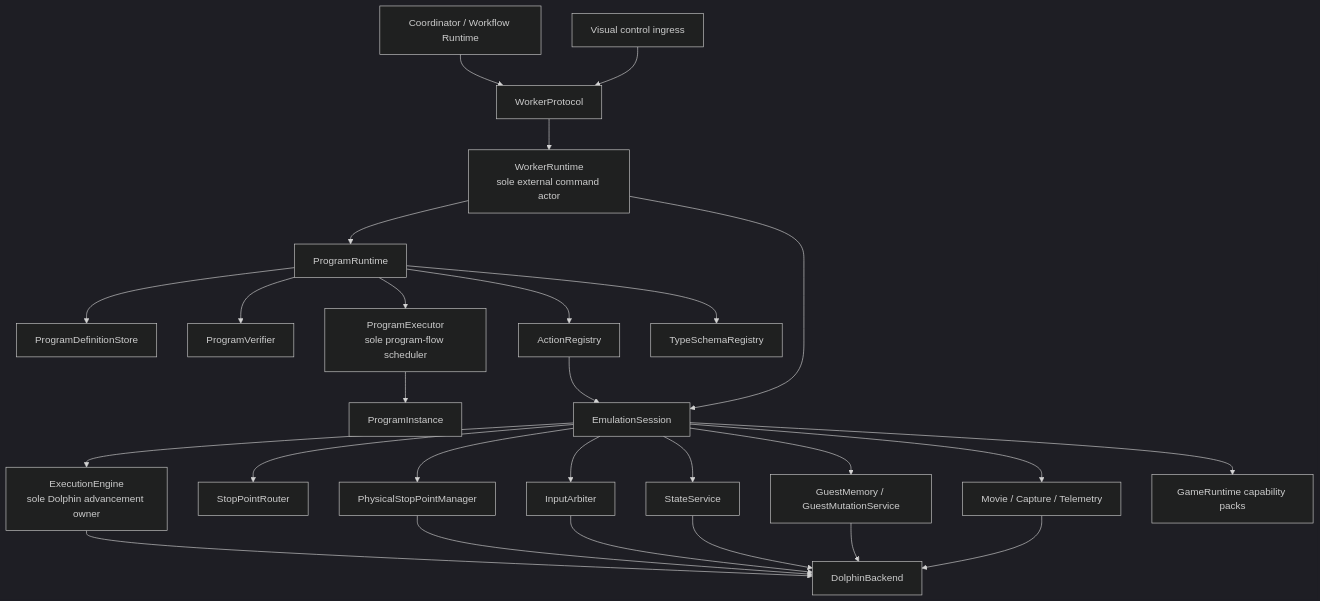
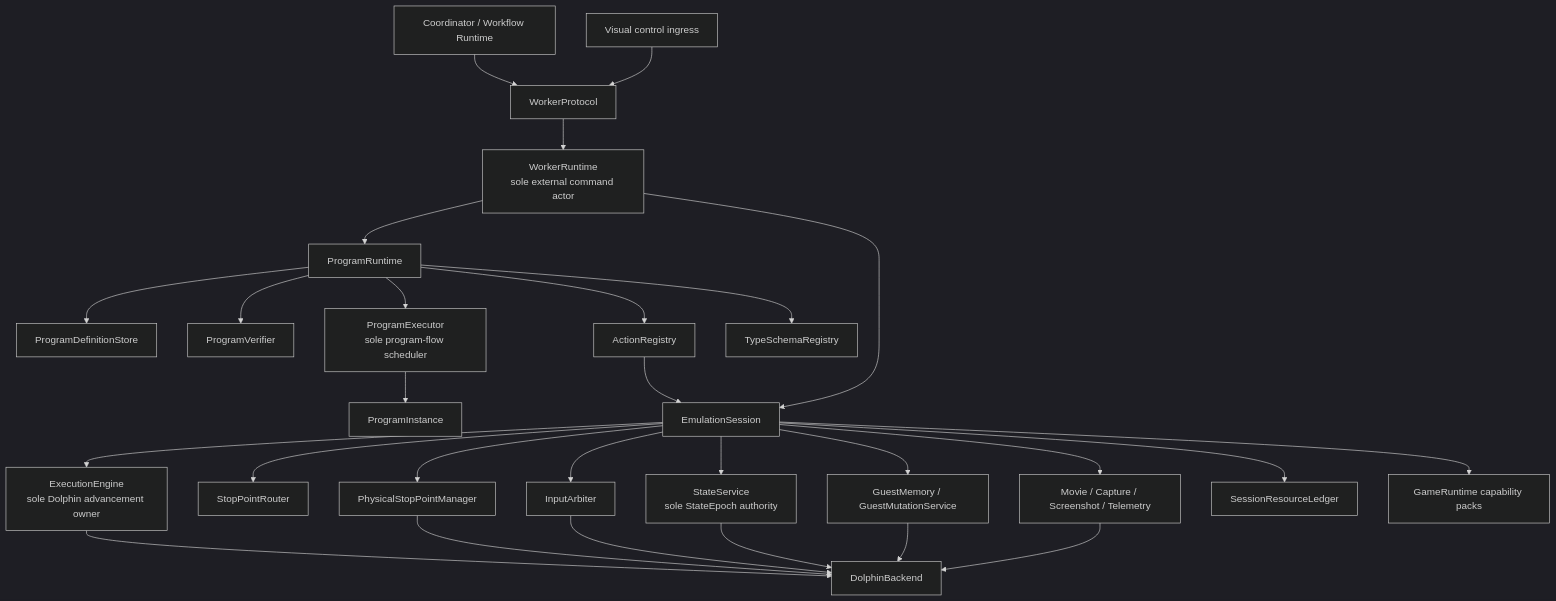
Before and after one commit to jahorta/SAVOR: the diagram in planning/ExecutionRuntime/02-target-execution-architecture.md, drawn with Mermaid (dark theme). The commit also changed other lines of this file and 73 other files, not shown here.

````diff
--- a/planning/ExecutionRuntime/02-target-execution-architecture.md
+++ b/planning/ExecutionRuntime/02-target-execution-architecture.md
@@ -93,31 +95,32 @@
 ```mermaid
 flowchart TD
     CO["Coordinator / Workflow Runtime"] --> WP["WorkerProtocol"]
     VC["Visual control ingress"] --> WP
     WP --> WR["WorkerRuntime<br/>sole external command actor"]
 
     WR --> PR["ProgramRuntime"]
     PR --> PDS["ProgramDefinitionStore"]
     PR --> PV["ProgramVerifier"]
     PR --> PE["ProgramExecutor<br/>sole program-flow scheduler"]
     PR --> AR["ActionRegistry"]
     PR --> TR["TypeSchemaRegistry"]
     PE --> PI["ProgramInstance"]
 
     WR --> ES["EmulationSession"]
     AR --> ES
     ES --> EE["ExecutionEngine<br/>sole Dolphin advancement owner"]
     ES --> SR["StopPointRouter"]
     ES --> PM["PhysicalStopPointManager"]
     ES --> IA["InputArbiter"]
-    ES --> ST["StateService"]
+    ES --> ST["StateService<br/>sole StateEpoch authority"]
     ES --> GM["GuestMemory / GuestMutationService"]
-    ES --> MC["Movie / Capture / Telemetry"]
+    ES --> MC["Movie / Capture / Screenshot / Telemetry"]
+    ES --> RL["SessionResourceLedger"]
     ES --> GR["GameRuntime capability packs"]
     EE --> DB["DolphinBackend"]
     PM --> DB
     IA --> DB
     ST --> DB
     GM --> DB
     MC --> DB
 ```
````
